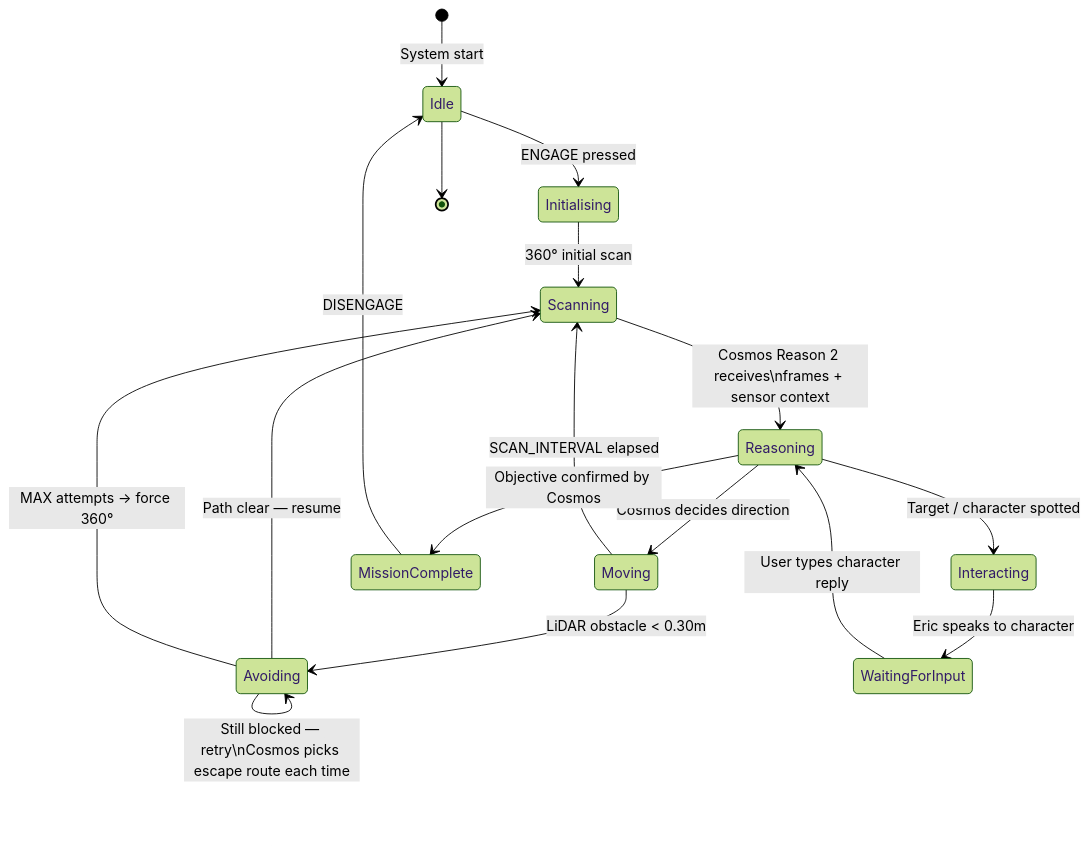
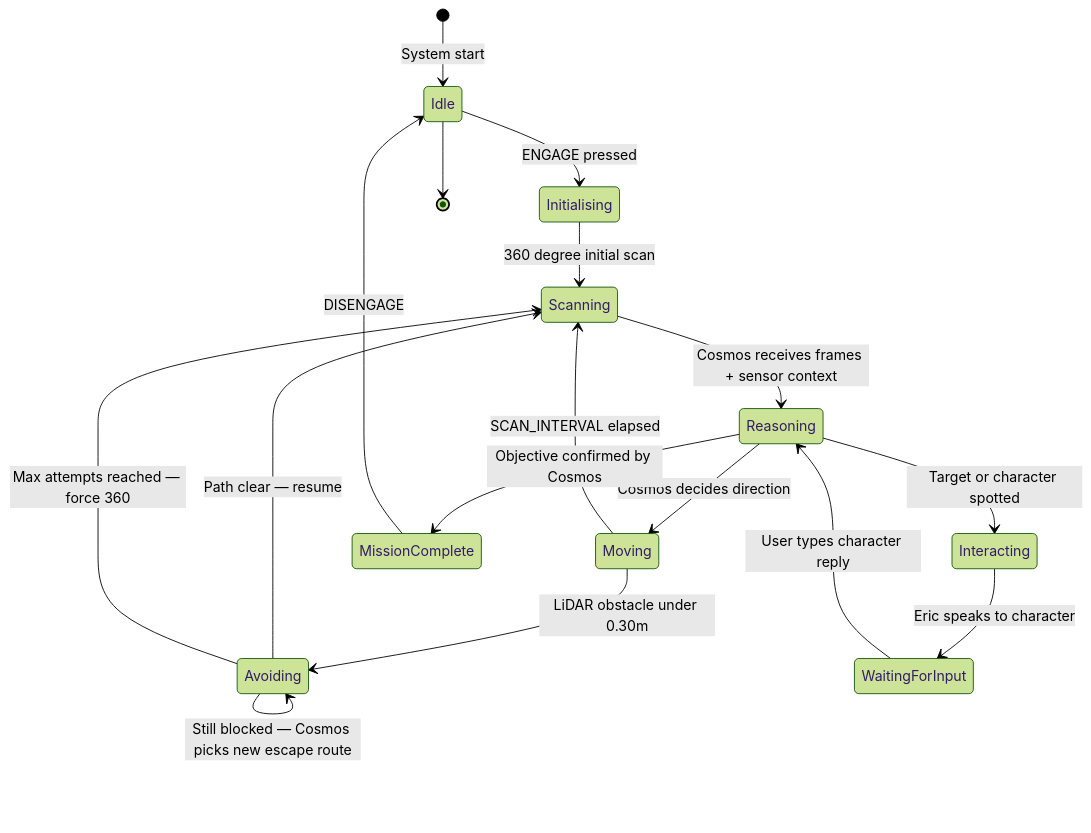
The fourth of 8 diagrams in README.md (OppaAI/eric), drawn with Mermaid (forest theme) before and after one commit. The commit also changed other lines of this file and 2 other files, not shown here.

````diff
--- a/README.md
+++ b/README.md
@@ -178,25 +178,19 @@
 ```mermaid
 stateDiagram-v2
     [*] --> Idle : System start
     Idle --> Initialising : ENGAGE pressed
-
-    Initialising --> Scanning : 360° initial scan
-
-    Scanning --> Reasoning : Cosmos Reason 2 receives\nframes + sensor context
+    Initialising --> Scanning : 360 degree initial scan
+    Scanning --> Reasoning : Cosmos receives frames + sensor context
     Reasoning --> Moving : Cosmos decides direction
-    Reasoning --> Interacting : Target / character spotted
-
+    Reasoning --> Interacting : Target or character spotted
     Moving --> Scanning : SCAN_INTERVAL elapsed
-    Moving --> Avoiding : LiDAR obstacle < 0.30m
-
-    Avoiding --> Avoiding : Still blocked — retry\nCosmos picks escape route each time
+    Moving --> Avoiding : LiDAR obstacle under 0.30m
+    Avoiding --> Avoiding : Still blocked — Cosmos picks new escape route
     Avoiding --> Scanning : Path clear — resume
-    Avoiding --> Scanning : MAX attempts → force 360°
-
+    Avoiding --> Scanning : Max attempts reached — force 360
     Interacting --> WaitingForInput : Eric speaks to character
     WaitingForInput --> Reasoning : User types character reply
     Reasoning --> MissionComplete : Objective confirmed by Cosmos
-
     MissionComplete --> Idle : DISENGAGE
     Idle --> [*]
 ```
````
